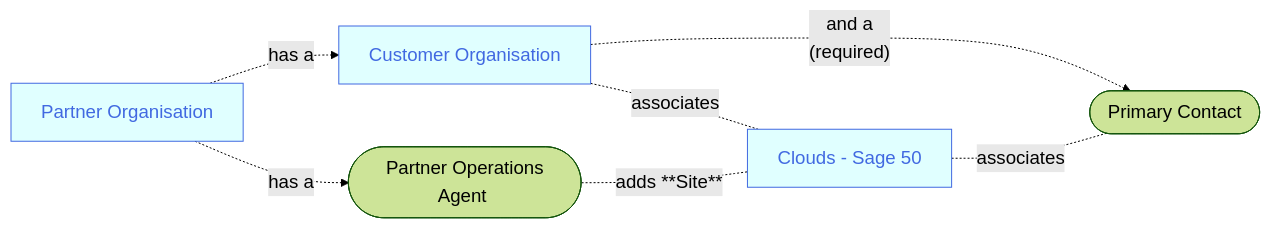
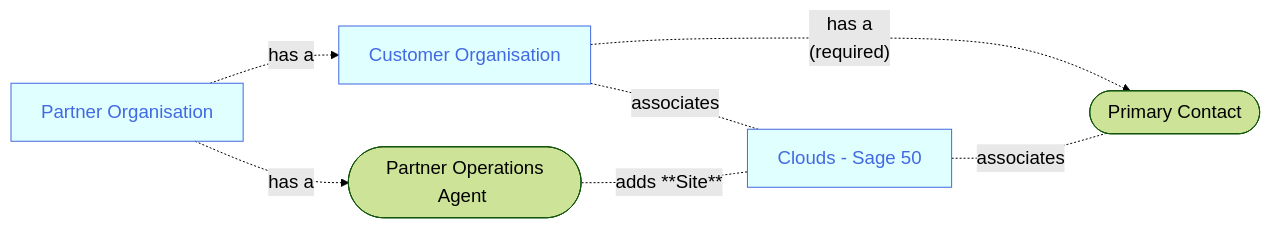
One commit to joe-dorward/samples changed the diagram in 2025_Sage/03_Scenario - Sites.mdx. Above: the diagram before and after it, drawn with Mermaid.

Commit message:
Update 03_Scenario - Sites.mdx

````diff
--- a/2025_Sage/03_Scenario - Sites.mdx
+++ b/2025_Sage/03_Scenario - Sites.mdx
@@ -6,38 +6,38 @@
 ```mermaid
 %%{
   init: {
     'theme': 'forest',
     'themeVariables': {
       'fontSize':'14pt'
     }
   }
 }%%
 flowchart LR
   classDef Sage fill:seagreen, color:honeydew;
   classDef Noun fill:lightcyan, stroke:royalblue, color:royalblue;
   classDef Note fill:white, stroke:white, text-align:left;
 
   PARTNER_ORGANISATION_01[Partner Organisation]
 
   PARTNER_ORGANISATION_01-.has a.->
-  CUSTOMER_ORGANISATION_01[Customer Organisation]-.and a<br/>(required).->
+  CUSTOMER_ORGANISATION_01[Customer Organisation]-.has a<br/>(required).->
   PRIMARY_CONTACT_01([&nbsp;Primary Contact&nbsp;])
 
   PARTNER_ORGANISATION_01-.has a.->
   PARTNER_OPERATIONS_AGENT_01([&nbsp;Partner Operations Agent&nbsp;])
 
   PARTNER_OPERATIONS_AGENT_01-.adds **Site**.-
   SITE_01[Clouds - Sage 50]
 
   CUSTOMER_ORGANISATION_01-.associates.-
   SITE_01-.associates.-
   PRIMARY_CONTACT_01
 
   %%-.who adds a.->
   %%CUSTOMER_ORGANISATION_01[Customer Organisation]-.and a<br/>(required).->
   %%PRIMARY_CONTACT_01([&nbsp;Primary Contact&nbsp;])-.-o
   %%PRIMARY_CONTACT_01_NOTE[The **Primary Contact** is added with the **Customer Operations Agent** role]
 
   class PARTNER_ORGANISATION_01,CUSTOMER_ORGANISATION_01,SITE_01 Noun
   class PRIMARY_CONTACT_01_NOTE Note
 ```
````
